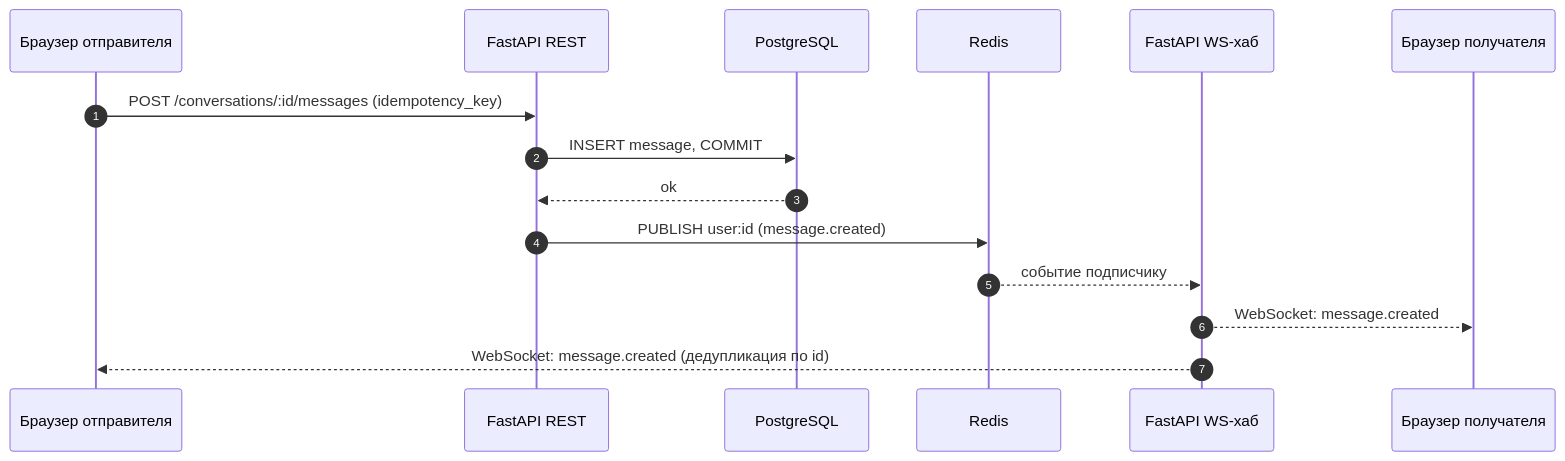
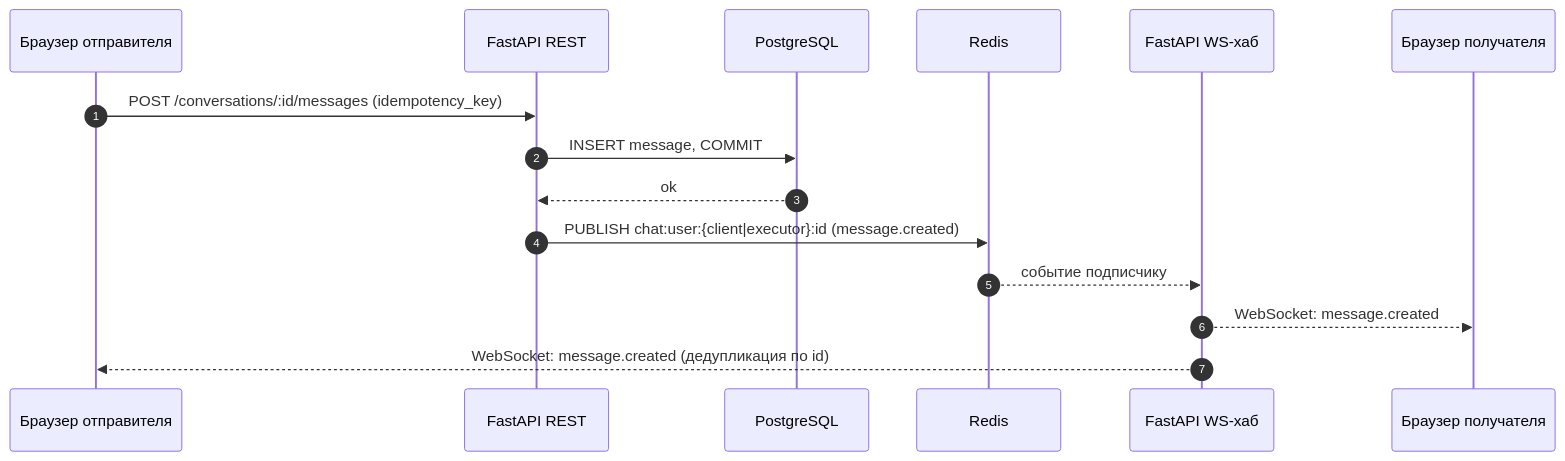
One commit to timofey1704/cargoradar-www changed the first of 3 diagrams in architecture/business-processes/05-chat.md. Above: the diagram before and after it, drawn with Mermaid. The commit also changed other lines of this file and 2 other files, not shown here.

````diff
--- a/architecture/business-processes/05-chat.md
+++ b/architecture/business-processes/05-chat.md
@@ -44,17 +44,17 @@
 ```mermaid
 sequenceDiagram
     autonumber
     participant B as Браузер отправителя
     participant A as FastAPI REST
     participant D as PostgreSQL
     participant R as Redis
     participant H as FastAPI WS-хаб
     participant P as Браузер получателя
     B->>A: POST /conversations/:id/messages (idempotency_key)
     A->>D: INSERT message, COMMIT
     D-->>A: ok
-    A->>R: PUBLISH user:id (message.created)
+    A->>R: PUBLISH chat:user:{client|executor}:id (message.created)
     R-->>H: событие подписчику
     H-->>P: WebSocket: message.created
     H-->>B: WebSocket: message.created (дедупликация по id)
 ```
````
